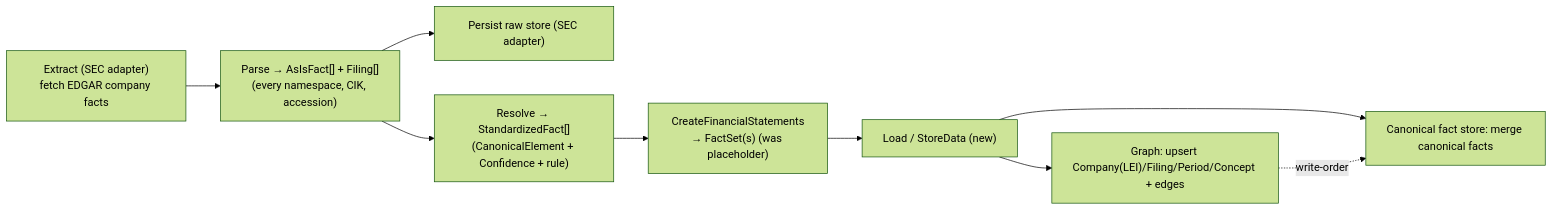
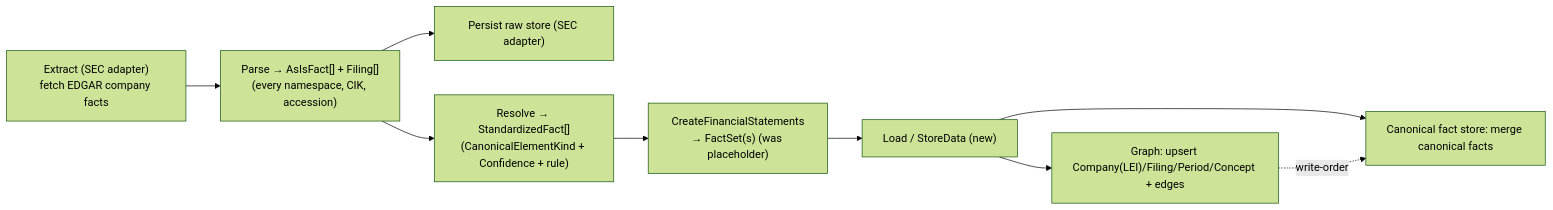
The fourth of 4 diagrams in sec/design/data_model/hybrid_data_model.md (ironcapitaleu/arkad), drawn with Mermaid (forest theme) before and after one commit. The commit also changed other lines of this file and 35 other files, not shown here.

````diff
--- a/sec/design/data_model/hybrid_data_model.md
+++ b/sec/design/data_model/hybrid_data_model.md
@@ -588,11 +587,11 @@
 ```mermaid
 flowchart LR
   A["Extract (SEC adapter)\nfetch EDGAR company facts"] --> B["Parse → AsIsFact[] + Filing[]\n(every namespace, CIK, accession)"]
   B --> B2["Persist raw store (SEC adapter)"]
-  B --> C["Resolve → StandardizedFact[]\n(CanonicalElement + Confidence + rule)"]
+  B --> C["Resolve → StandardizedFact[]\n(CanonicalElementKind + Confidence + rule)"]
   C --> D["CreateFinancialStatements\n→ FactSet(s) (was placeholder)"]
   D --> L["Load / StoreData (new)"]
   L --> G["Graph: upsert Company(LEI)/Filing/Period/Concept + edges"]
   L --> F["Canonical fact store: merge canonical facts"]
   G -. write-order .-> F
 ```
````
